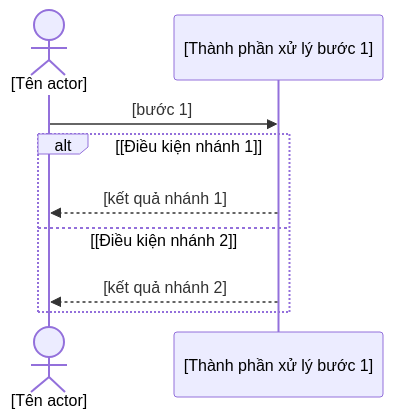
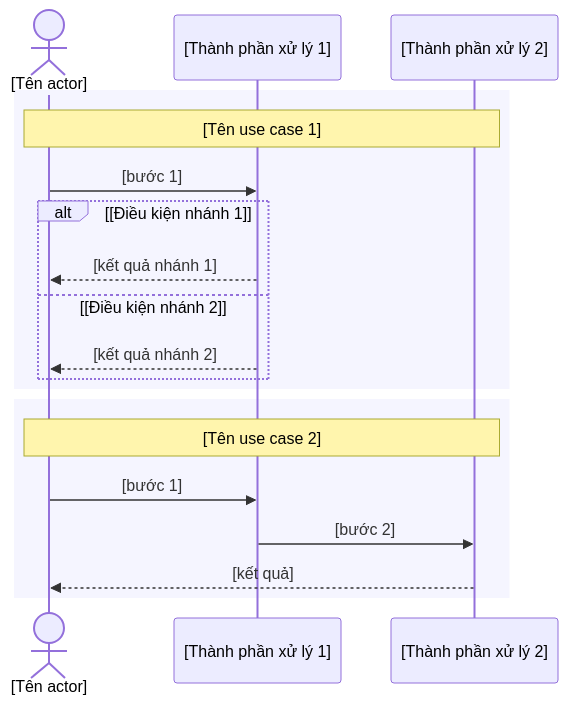
The third of 3 diagrams in speckit-extension/templates/srs-template.md (anhnt3/agent-skills), drawn with Mermaid before and after one commit. The commit also changed other lines of this file and 7 other files, not shown here.

````diff
--- a/speckit-extension/templates/srs-template.md
+++ b/speckit-extension/templates/srs-template.md
@@ -155,11 +180,23 @@
 ```mermaid
 sequenceDiagram
     actor U as [Tên actor]
-    participant P1 as [Thành phần xử lý bước 1]
-    U->>P1: [bước 1]
-    alt [Điều kiện nhánh 1]
-        P1-->>U: [kết quả nhánh 1]
-    else [Điều kiện nhánh 2]
-        P1-->>U: [kết quả nhánh 2]
+    participant P1 as [Thành phần xử lý 1]
+    participant P2 as [Thành phần xử lý 2]
+
+    rect rgb(245, 245, 255)
+        Note over U,P2: [Tên use case 1]
+        U->>P1: [bước 1]
+        alt [Điều kiện nhánh 1]
+            P1-->>U: [kết quả nhánh 1]
+        else [Điều kiện nhánh 2]
+            P1-->>U: [kết quả nhánh 2]
+        end
+    end
+
+    rect rgb(245, 245, 255)
+        Note over U,P2: [Tên use case 2]
+        U->>P1: [bước 1]
+        P1->>P2: [bước 2]
+        P2-->>U: [kết quả]
     end
 ```
````
